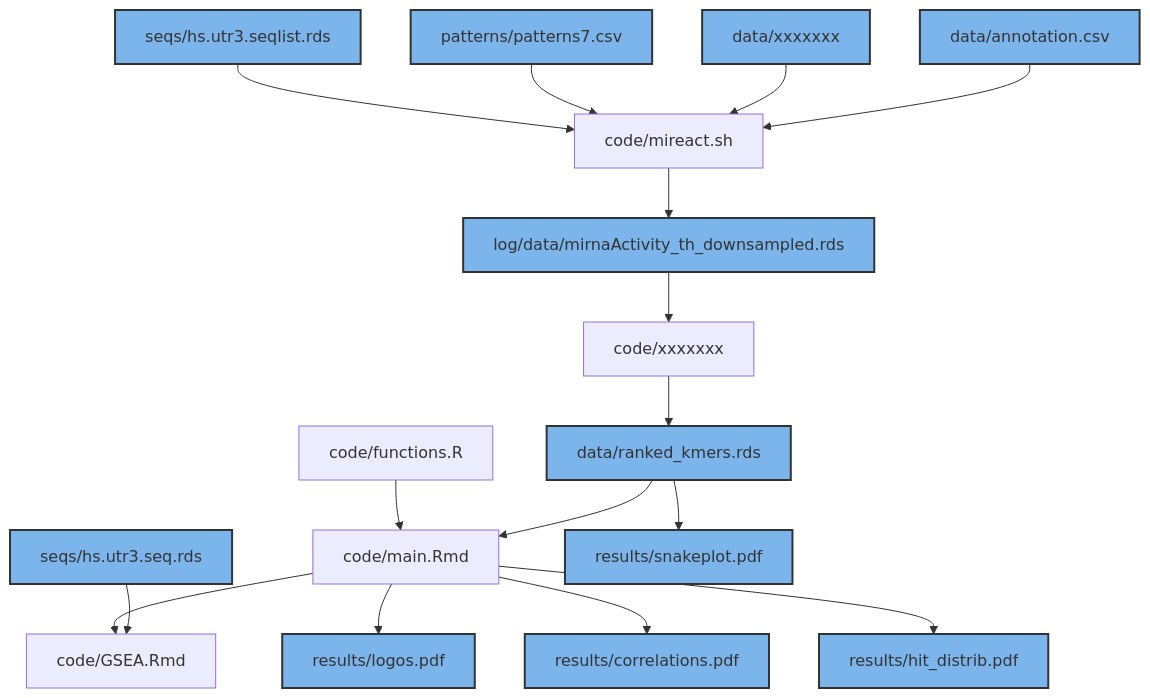
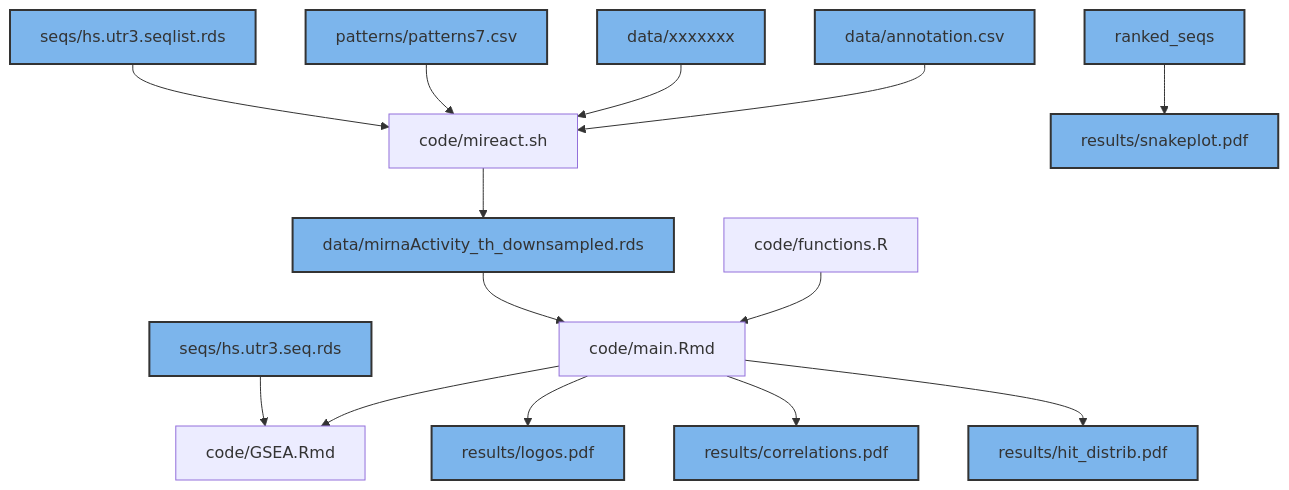
The diagram in README.md (PaulaRodrigoMartin/SMLB), drawn with Mermaid before and after one commit.

````diff
--- a/README.md
+++ b/README.md
@@ -1,49 +1,45 @@
 ```mermaid
 graph TD;
     seqlist[seqs/hs.utr3.seqlist.rds]
     seqs[seqs/hs.utr3.seq.rds]
     mireact_input[data/xxxxxxx]
-    miReact_output[log/data/mirnaActivity_th_downsampled.rds]
+    miReact_output[data/mirnaActivity_th_downsampled.rds]
     7mers[patterns/patterns7.csv]
     annotation[data/annotation.csv]
     miReact[code/mireact.sh]
-    rank[code/xxxxxxx]
     functions[code/functions.R]
     main_notebook[code/main.Rmd]
     GSEA[code/GSEA.Rmd]
     logos[results/logos.pdf]
     corrm[results/correlations.pdf]
     distrib[results/hit_distrib.pdf]
-    ranked_seqs[data/ranked_kmers.rds]
     snakeplot[results/snakeplot.pdf]
     
 
     style seqlist fill:#7cb5ec,stroke:#333,stroke-width:2px;
     style miReact_output fill:#7cb5ec,stroke:#333,stroke-width:2px;
     style 7mers fill:#7cb5ec,stroke:#333,stroke-width:2px;
     style mireact_input fill:#7cb5ec,stroke:#333,stroke-width:2px;
     style seqs fill:#7cb5ec,stroke:#333,stroke-width:2px;
     style annotation fill:#7cb5ec,stroke:#333,stroke-width:2px;
     style logos fill:#7cb5ec,stroke:#333,stroke-width:2px;
     style corrm fill:#7cb5ec,stroke:#333,stroke-width:2px;
     style distrib fill:#7cb5ec,stroke:#333,stroke-width:2px;
     style ranked_seqs fill:#7cb5ec,stroke:#333,stroke-width:2px;
     style snakeplot fill:#7cb5ec,stroke:#333,stroke-width:2px;
 
     seqlist-->miReact
     7mers-->miReact
     mireact_input-->miReact
     annotation-->miReact
     miReact-->miReact_output
     functions-->main_notebook
     main_notebook-->GSEA
     main_notebook-->logos
     main_notebook-->corrm
     main_notebook-->distrib
     seqs-->GSEA
     ranked_seqs--> snakeplot
-    miReact_output-->rank
-    rank-->ranked_seqs
-    ranked_seqs-->main_notebook
+    miReact_output-->main_notebook
 
 ```
````
